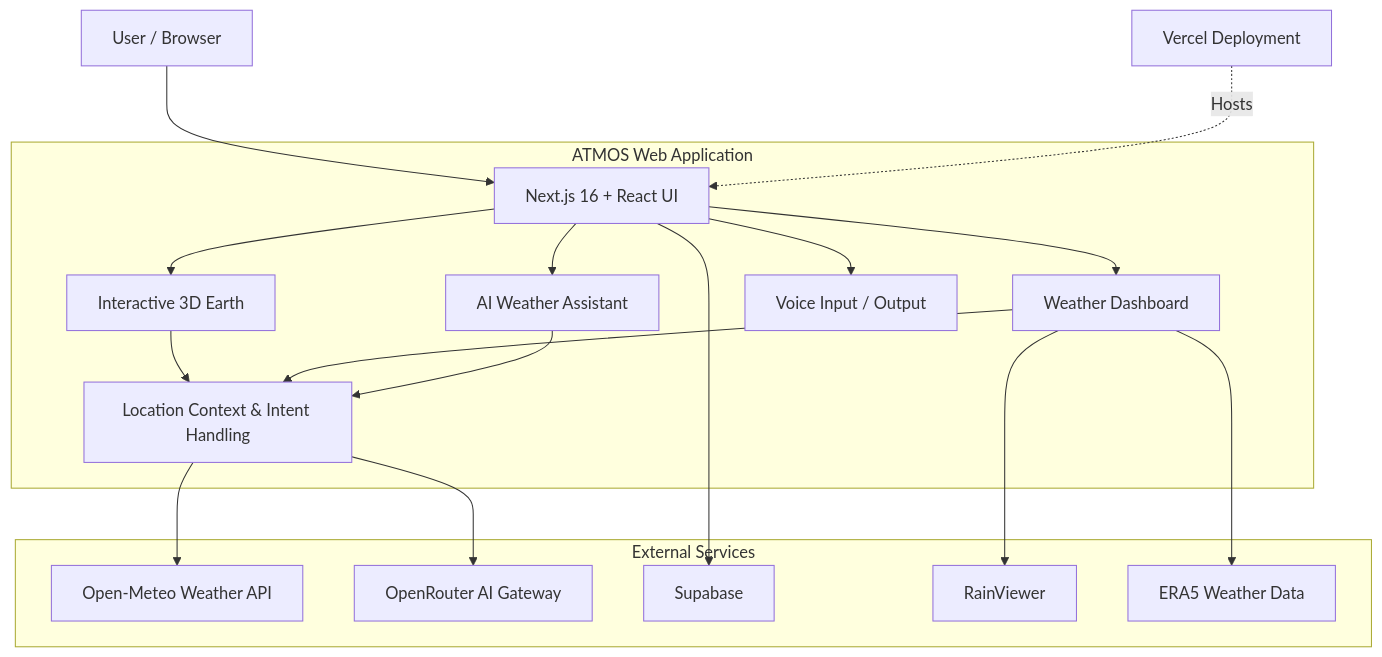
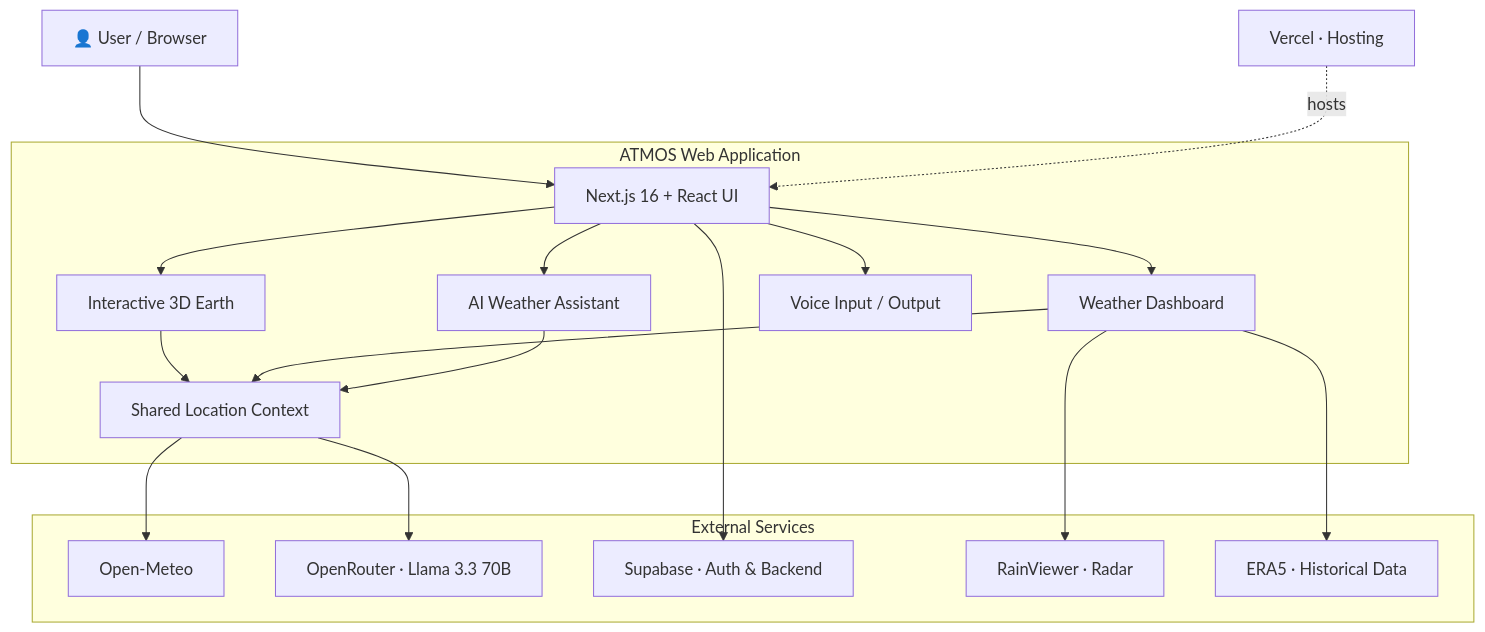
Before and after one commit to Crusty-chirayu/Atmos: the second of 2 diagrams in README.md, drawn with Mermaid. The commit also changed other lines of this file, not shown here.

````diff
--- a/README.md
+++ b/README.md
@@ -99,42 +129,42 @@
 ```mermaid
 flowchart TD
-    U[User / Browser]
+    U["👤 User / Browser"]
 
-    subgraph APP[ATMOS Web Application]
-        UI[Next.js 16 + React UI]
-        DASH[Weather Dashboard]
-        GLOBE[Interactive 3D Earth]
-        CHAT[AI Weather Assistant]
-        VOICE[Voice Input / Output]
-        CONTEXT[Location Context & Intent Handling]
+    subgraph APP["ATMOS Web Application"]
+        UI["Next.js 16 + React UI"]
+        DASH["Weather Dashboard"]
+        GLOBE["Interactive 3D Earth"]
+        CHAT["AI Weather Assistant"]
+        VOICE["Voice Input / Output"]
+        CONTEXT["Shared Location Context"]
     end
 
-    subgraph SERVICES[External Services]
-        OM[Open-Meteo Weather API]
-        OR[OpenRouter AI Gateway]
-        SUP[Supabase]
-        RV[RainViewer]
-        ERA[ERA5 Weather Data]
+    subgraph SERVICES["External Services"]
+        OM["Open-Meteo"]
+        OR["OpenRouter · Llama 3.3 70B"]
+        SUP["Supabase · Auth & Backend"]
+        RV["RainViewer · Radar"]
+        ERA["ERA5 · Historical Data"]
     end
 
-    V[Vercel Deployment]
+    V["Vercel · Hosting"]
 
     U --> UI
     UI --> DASH
     UI --> GLOBE
     UI --> CHAT
     UI --> VOICE
 
     GLOBE --> CONTEXT
     DASH --> CONTEXT
     CHAT --> CONTEXT
 
     CONTEXT --> OM
     CONTEXT --> OR
 
     UI --> SUP
     DASH --> RV
     DASH --> ERA
 
-    V -. Hosts .-> UI
+    V -. hosts .-> UI
 ```
````
